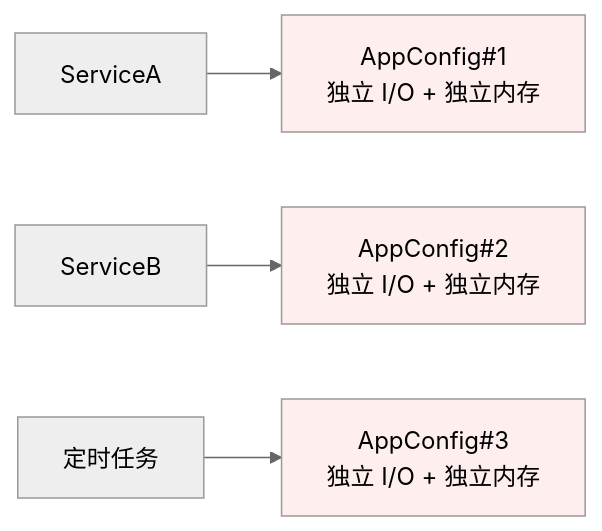
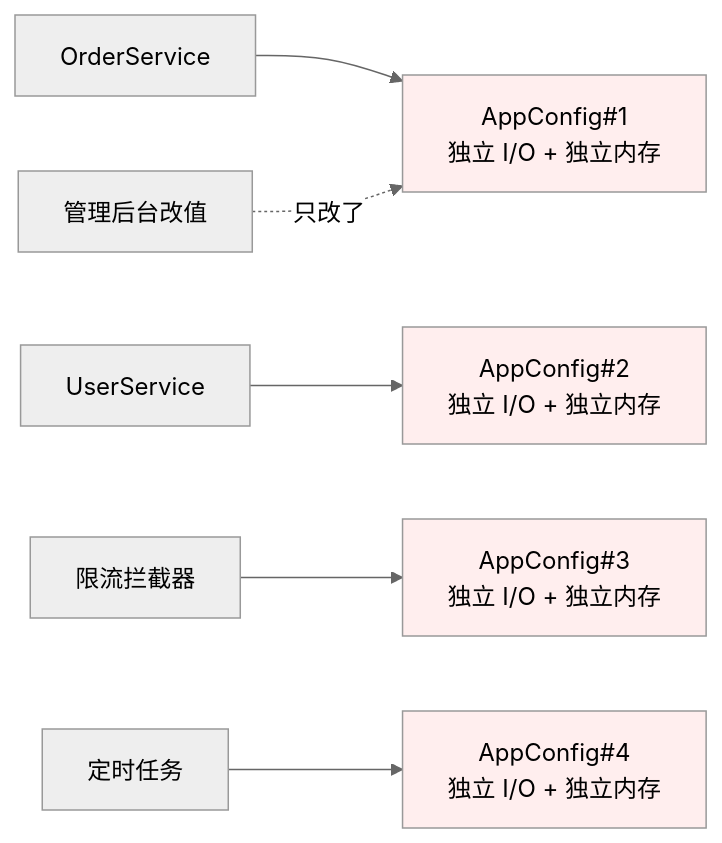
One commit to chongyang211/YCBookBlog changed the first of 6 diagrams in 00.通用技术的提升/03.重学设计模式/3.巧学设计模式/01.单例模式设计思想.md. Above: the diagram before and after it, drawn with Mermaid (neutral theme). The commit also changed other lines of this file and 5 other files, not shown here.

````diff
--- a/00.通用技术的提升/03.重学设计模式/3.巧学设计模式/01.单例模式设计思想.md
+++ b/00.通用技术的提升/03.重学设计模式/3.巧学设计模式/01.单例模式设计思想.md
@@ -80,9 +155,12 @@
 ```mermaid
 flowchart LR
-    ServiceA --> A1[AppConfig#1<br/>独立 I/O + 独立内存]
-    ServiceB --> A2[AppConfig#2<br/>独立 I/O + 独立内存]
-    Job[定时任务] --> A3[AppConfig#3<br/>独立 I/O + 独立内存]
+    OrderService --> A1[AppConfig#1<br/>独立 I/O + 独立内存]
+    UserService --> A2[AppConfig#2<br/>独立 I/O + 独立内存]
+    Interceptor[限流拦截器] --> A3[AppConfig#3<br/>独立 I/O + 独立内存]
+    Job[定时任务] --> A4[AppConfig#4<br/>独立 I/O + 独立内存]
+    Update[管理后台改值] -.只改了.-> A1
     style A1 fill:#fee
     style A2 fill:#fee
     style A3 fill:#fee
+    style A4 fill:#fee
 ```
````
